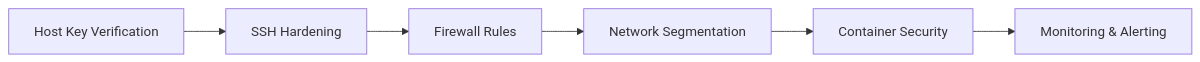
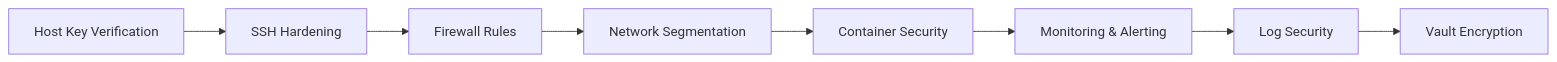
Before and after one commit to eduardoshanahan/devcontainers-deploy-docker: the second of 5 diagrams in documentation/ARCHITECTURE.md, drawn with Mermaid. The commit also changed other lines of this file and 9 other files, not shown here.

````diff
--- a/documentation/ARCHITECTURE.md
+++ b/documentation/ARCHITECTURE.md
@@ -127,8 +141,10 @@
 ```mermaid
 graph LR
     A[Host Key Verification] --> B[SSH Hardening]
     B --> C[Firewall Rules]
     C --> D[Network Segmentation]
     D --> E[Container Security]
     E --> F[Monitoring & Alerting]
+    F --> G[Log Security]
+    G --> H[Vault Encryption]
 ```
````
